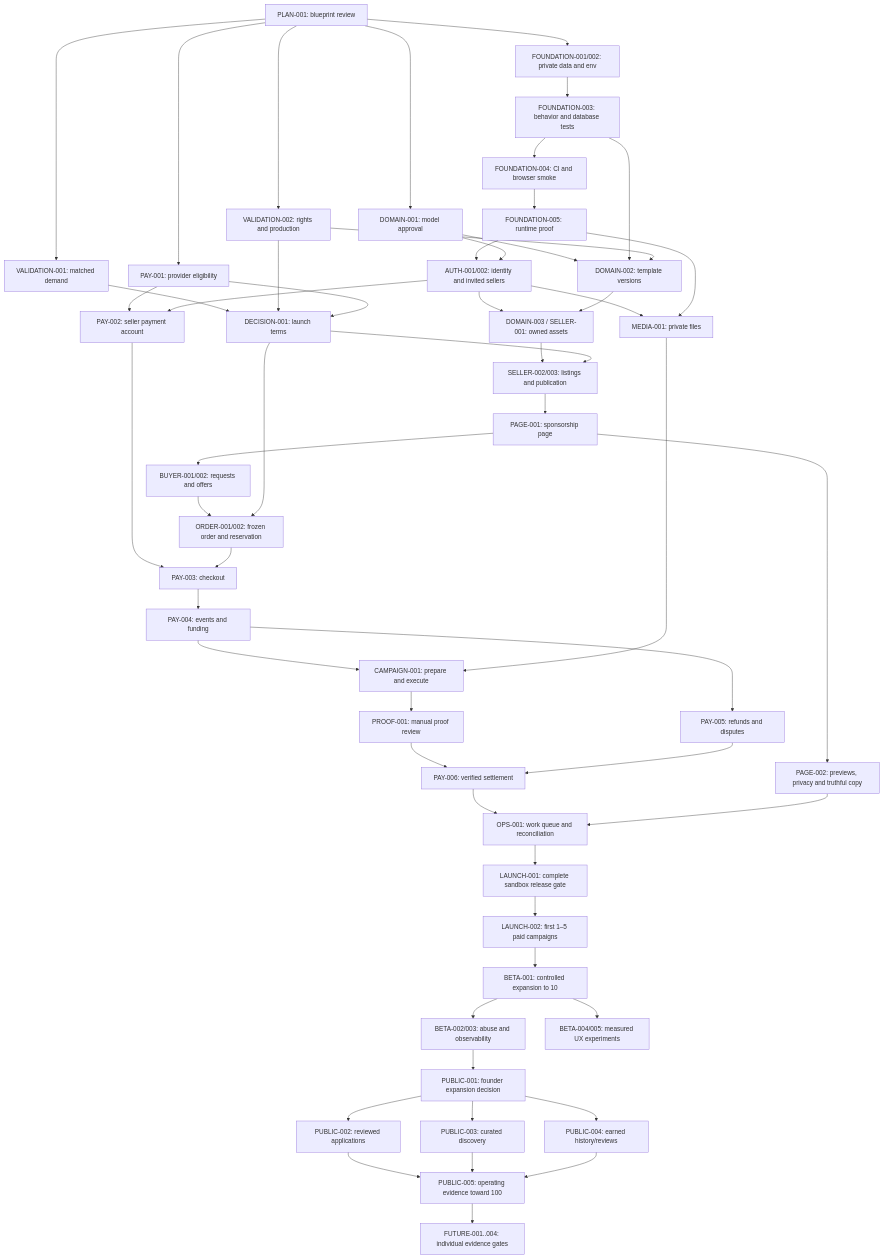
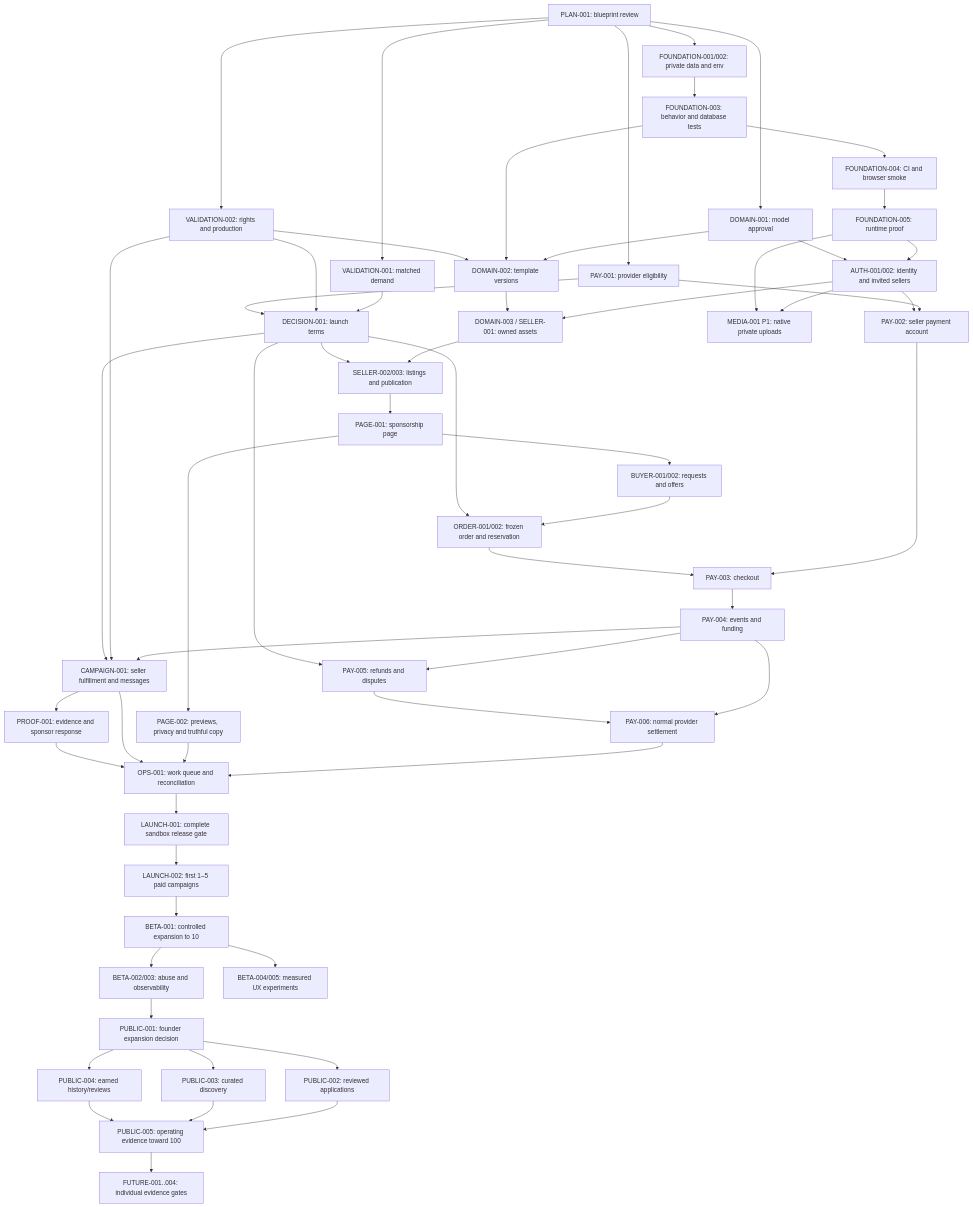
One commit to Mohith1612/billboard-me changed the diagram in docs/status/roadmap.md. Above: the diagram before and after it, drawn with Mermaid. The commit also changed other lines of this file and 21 other files, not shown here.

````diff
--- a/docs/status/roadmap.md
+++ b/docs/status/roadmap.md
@@ -15,56 +15,60 @@
 ```mermaid
 flowchart TD
   PLAN[PLAN-001: blueprint review] --> F1[FOUNDATION-001/002: private data and env]
   F1 --> TEST[FOUNDATION-003: behavior and database tests]
   TEST --> CI[FOUNDATION-004: CI and browser smoke]
   CI --> HOST[FOUNDATION-005: runtime proof]
   PLAN --> DEMAND[VALIDATION-001: matched demand]
   PLAN --> PHYS[VALIDATION-002: rights and production]
   PLAN --> PG[PAY-001: provider eligibility]
   PLAN --> DOMAIN[DOMAIN-001: model approval]
   DEMAND --> TERMS[DECISION-001: launch terms]
   PHYS --> TERMS
   PG --> TERMS
   HOST --> AUTH[AUTH-001/002: identity and invited sellers]
   DOMAIN --> AUTH
   DOMAIN --> TEMPL[DOMAIN-002: template versions]
   TEST --> TEMPL
   PHYS --> TEMPL
   AUTH --> ASSET[DOMAIN-003 / SELLER-001: owned assets]
   TEMPL --> ASSET
   ASSET --> LIST[SELLER-002/003: listings and publication]
   TERMS --> LIST
   LIST --> PAGE[PAGE-001: sponsorship page]
   PAGE --> SHARE[PAGE-002: previews, privacy and truthful copy]
   PAGE --> OFFER[BUYER-001/002: requests and offers]
   OFFER --> ORDER[ORDER-001/002: frozen order and reservation]
   TERMS --> ORDER
   PG --> ONBOARD[PAY-002: seller payment account]
   AUTH --> ONBOARD
   ONBOARD --> CHECKOUT[PAY-003: checkout]
   ORDER --> CHECKOUT
   CHECKOUT --> EVENTS[PAY-004: events and funding]
-  AUTH --> MEDIA[MEDIA-001: private files]
-  HOST --> MEDIA
-  EVENTS --> CAM[CAMPAIGN-001: prepare and execute]
-  MEDIA --> CAM
-  CAM --> PROOF[PROOF-001: manual proof review]
+  EVENTS --> CAM[CAMPAIGN-001: seller fulfillment and messages]
+  PHYS --> CAM
+  TERMS --> CAM
+  CAM --> PROOF[PROOF-001: evidence and sponsor response]
   EVENTS --> REFUND[PAY-005: refunds and disputes]
-  PROOF --> SETTLE[PAY-006: verified settlement]
+  TERMS --> REFUND
+  EVENTS --> SETTLE[PAY-006: normal provider settlement]
   REFUND --> SETTLE
   SETTLE --> OPS[OPS-001: work queue and reconciliation]
   SHARE --> OPS
+  CAM --> OPS
+  PROOF --> OPS
   OPS --> REHEARSE[LAUNCH-001: complete sandbox release gate]
   REHEARSE --> LIVE[LAUNCH-002: first 1–5 paid campaigns]
   LIVE --> BETA[BETA-001: controlled expansion to 10]
+  AUTH --> MEDIA[MEDIA-001 P1: native private uploads]
+  HOST --> MEDIA
   BETA --> HARDEN[BETA-002/003: abuse and observability]
   BETA --> CONVENIENCE[BETA-004/005: measured UX experiments]
   HARDEN --> PUBLIC[PUBLIC-001: founder expansion decision]
   PUBLIC --> APPLICATION[PUBLIC-002: reviewed applications]
   PUBLIC --> CATALOGUE[PUBLIC-003: curated discovery]
   PUBLIC --> TRUST[PUBLIC-004: earned history/reviews]
   APPLICATION --> HUNDRED[PUBLIC-005: operating evidence toward 100]
   CATALOGUE --> HUNDRED
   TRUST --> HUNDRED
   HUNDRED --> FUTURE[FUTURE-001..004: individual evidence gates]
 ```
````
